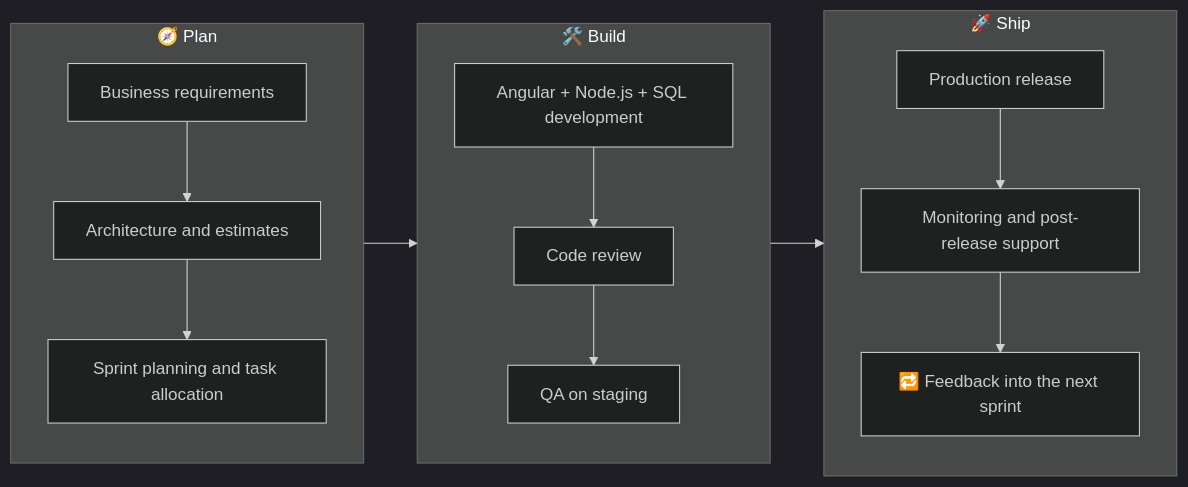
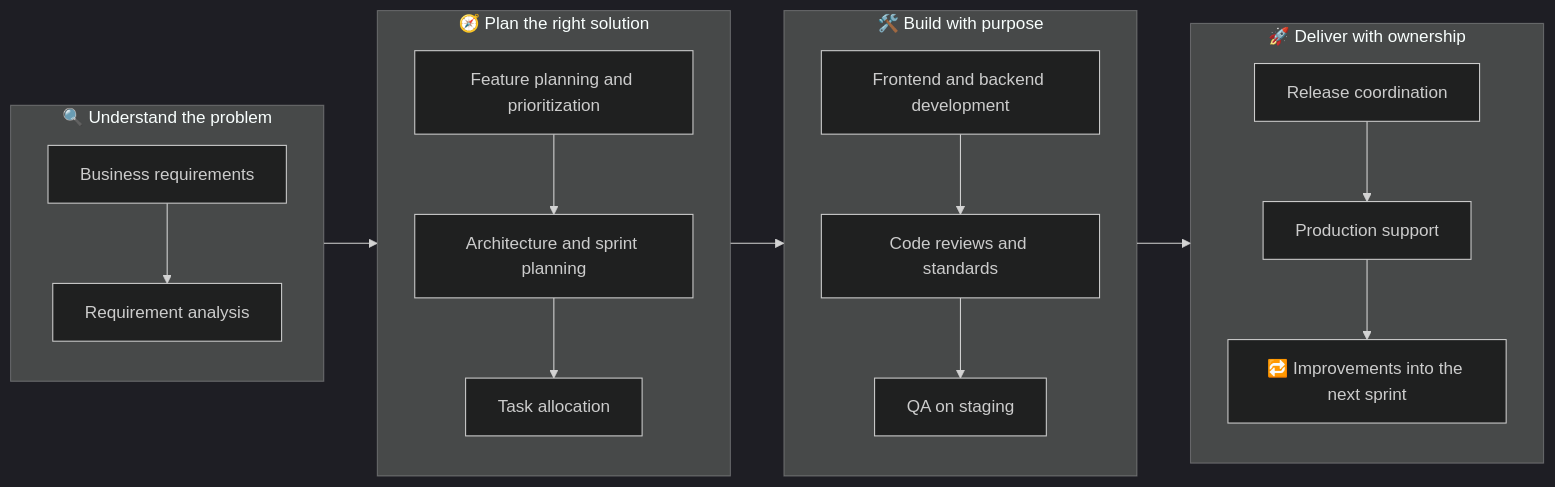
One commit to ptlshubham/ptlshubham changed the diagram in README.md. Above: the diagram before and after it, drawn with Mermaid (dark theme). The commit also changed other lines of this file and 9 other files, not shown here.

````diff
--- a/README.md
+++ b/README.md
@@ -83,16 +172,20 @@
 ```mermaid
 flowchart LR
-    subgraph PLAN["🧭 Plan"]
+    subgraph U["🔍 Understand the problem"]
         direction TB
-        A["Business requirements"] --> B["Architecture and estimates"] --> C["Sprint planning and task allocation"]
+        A["Business requirements"] --> B["Requirement analysis"]
     end
-    subgraph BUILD["🛠️ Build"]
+    subgraph P["🧭 Plan the right solution"]
         direction TB
-        D["Angular + Node.js + SQL development"] --> E["Code review"] --> F["QA on staging"]
+        C["Feature planning and prioritization"] --> D["Architecture and sprint planning"] --> E["Task allocation"]
     end
-    subgraph SHIP["🚀 Ship"]
+    subgraph BLD["🛠️ Build with purpose"]
         direction TB
-        G["Production release"] --> H["Monitoring and post-release support"] --> I["🔁 Feedback into the next sprint"]
+        F["Frontend and backend development"] --> G["Code reviews and standards"] --> H["QA on staging"]
     end
-    PLAN --> BUILD --> SHIP
+    subgraph DLV["🚀 Deliver with ownership"]
+        direction TB
+        I["Release coordination"] --> J["Production support"] --> K["🔁 Improvements into the next sprint"]
+    end
+    U --> P --> BLD --> DLV
 ```
````
